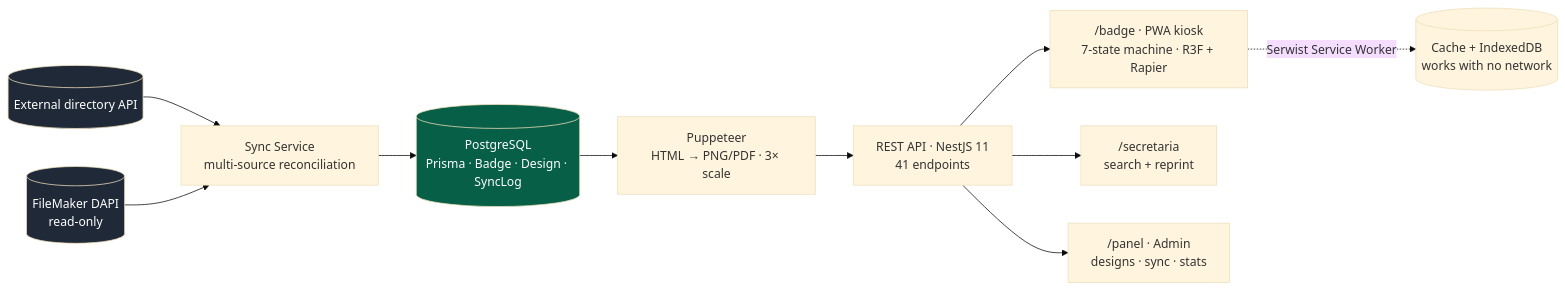
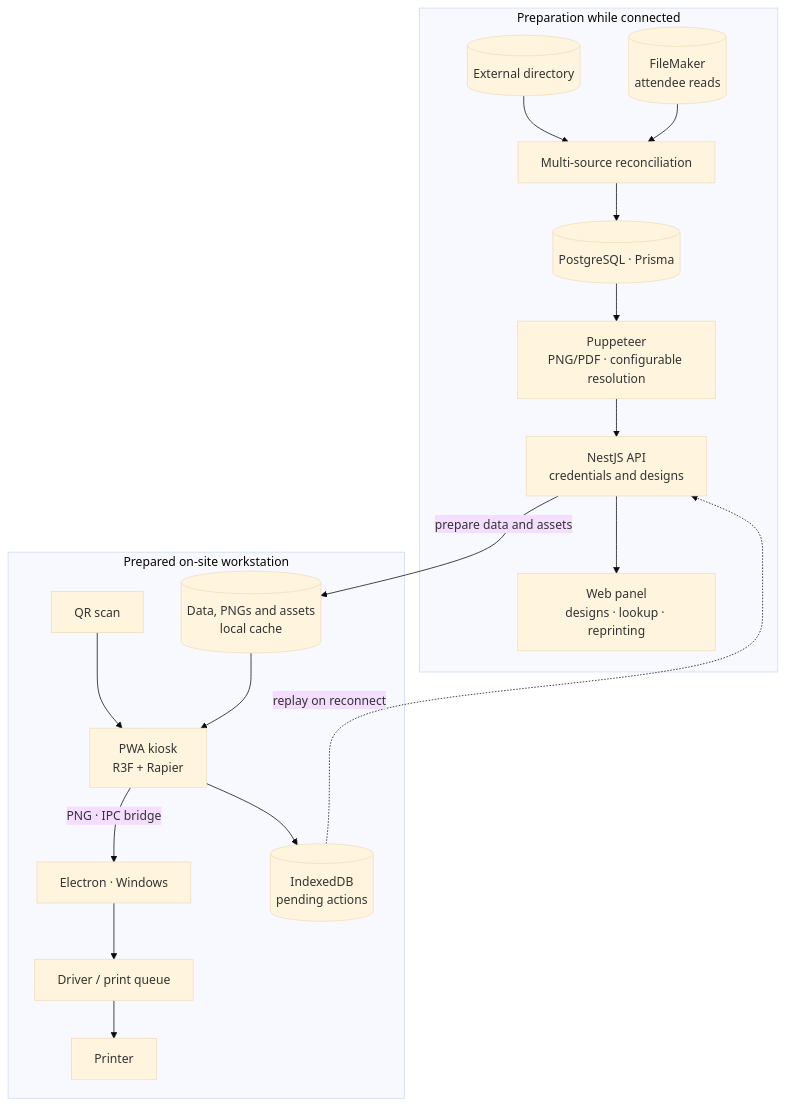
Before and after one commit to aleglope/production-systems-case-studies: the first of 2 diagrams in projects/printflow.md, drawn with Mermaid (base theme). The commit also changed other lines of this file and 25 other files, not shown here.

````diff
--- a/projects/printflow.md
+++ b/projects/printflow.md
@@ -21,18 +27,22 @@
 ```mermaid
-flowchart LR
-    HEL[("External directory API")] --> SYNC["Sync Service<br/>multi-source reconciliation"]
-    FM[("FileMaker DAPI<br/>read-only")] --> SYNC
-    SYNC --> PG[("PostgreSQL<br/>Prisma · Badge · Design · SyncLog")]
-    PG --> PUP["Puppeteer<br/>HTML → PNG/PDF · 3× scale"]
-
-    PUP --> API["REST API · NestJS 11<br/>41 endpoints"]
-    API --> KIOSK["/badge · PWA kiosk<br/>7-state machine · R3F + Rapier"]
-    API --> SEC["/secretaria<br/>search + reprint"]
-    API --> PANEL["/panel · Admin<br/>designs · sync · stats"]
-
-    KIOSK -. "Serwist Service Worker" .-> CACHE[("Cache + IndexedDB<br/>works with no network")]
-
-    style PG fill:#065f46,color:#fff
-    style FM fill:#1f2937,color:#fff
-    style HEL fill:#1f2937,color:#fff
+flowchart TB
+    subgraph PREP["Preparation while connected"]
+        HEL[("External directory")] --> SYNC["Multi-source reconciliation"]
+        FM[("FileMaker<br/>attendee reads")] --> SYNC
+        SYNC --> PG[("PostgreSQL · Prisma")]
+        PG --> PUP["Puppeteer<br/>PNG/PDF · configurable resolution"]
+        PUP --> API["NestJS API<br/>credentials and designs"]
+        API --> PANEL["Web panel<br/>designs · lookup · reprinting"]
+    end
+    subgraph LOCAL["Prepared on-site workstation"]
+        CACHE[("Data, PNGs and assets<br/>local cache")]
+        QR["QR scan"] --> KIOSK["PWA kiosk<br/>R3F + Rapier"]
+        CACHE --> KIOSK
+        KIOSK -- "PNG · IPC bridge" --> DESKTOP["Electron · Windows"]
+        DESKTOP --> DRIVER["Driver / print queue"]
+        DRIVER --> PRINTER["Printer"]
+        KIOSK --> QUEUE[("IndexedDB<br/>pending actions")]
+    end
+    API -- "prepare data and assets" --> CACHE
+    QUEUE -. "replay on reconnect" .-> API
 ```
````
